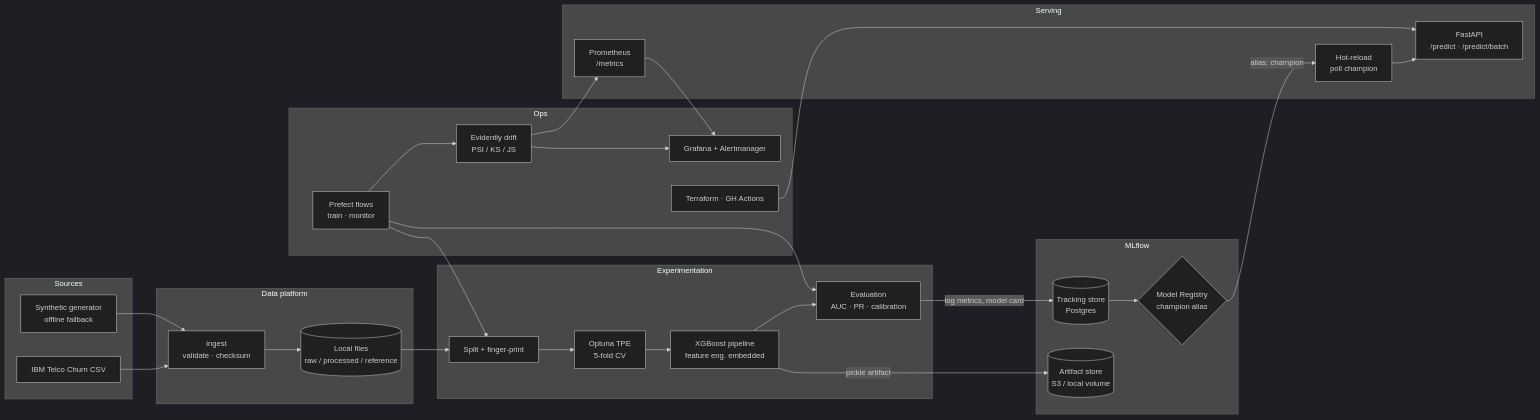
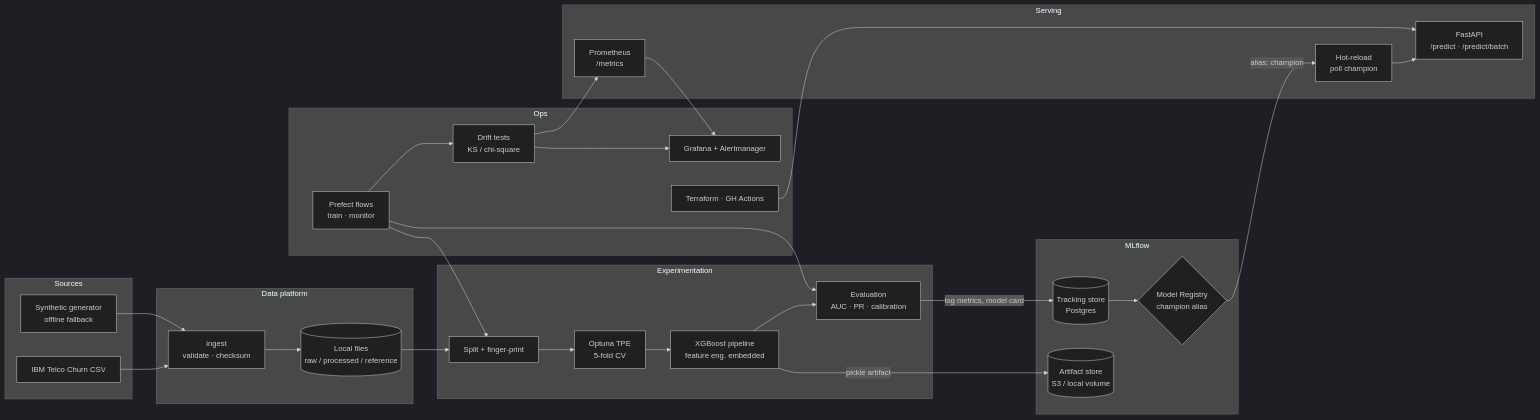
Before and after one commit to GuptaAman12/churnguard: the diagram in docs/architecture.md, drawn with Mermaid (dark theme). The commit also changed other lines of this file and 10 other files, not shown here.

Commit message:
refactor: drop Evidently for built-in drift tests

````diff
--- a/docs/architecture.md
+++ b/docs/architecture.md
@@ -7,54 +7,54 @@
 ```mermaid
 flowchart LR
     subgraph Sources
         A[IBM Telco Churn CSV]
         A2[Synthetic generator<br/>offline fallback]
     end
 
     subgraph DataPlatform["Data platform"]
         B[ingest<br/>validate · checksum]
         C[(Local files<br/>raw / processed / reference)]
     end
 
     subgraph Experimentation
         D[Split + finger-print]
         E[Optuna TPE<br/>5-fold CV]
         F[XGBoost pipeline<br/>feature eng. embedded]
         G[Evaluation<br/>AUC · PR · calibration]
     end
 
     subgraph Registry[MLflow]
         H[(Tracking store<br/>Postgres)]
         I[(Artifact store<br/>S3 / local volume)]
         J{Model Registry<br/>champion alias}
     end
 
     subgraph Serving
         K[FastAPI<br/>/predict · /predict/batch]
         L[Hot-reload<br/>poll champion]
         M[Prometheus<br/>/metrics]
     end
 
     subgraph Ops
         N[Prefect flows<br/>train · monitor]
-        O[Evidently drift<br/>PSI / KS / JS]
+        O[Drift tests<br/>KS / chi-square]
         P[Grafana + Alertmanager]
         Q[Terraform · GH Actions]
     end
 
     A --> B
     A2 --> B
     B --> C
     C --> D --> E --> F --> G
     G -->|log metrics, model card| H
     F -->|pickle artifact| I
     H --> J
     J -->|alias: champion| L --> K
     M --> P
     N --> D
     N --> G
     N --> O
     O --> M
     O --> P
     Q --> K
 ```
````
